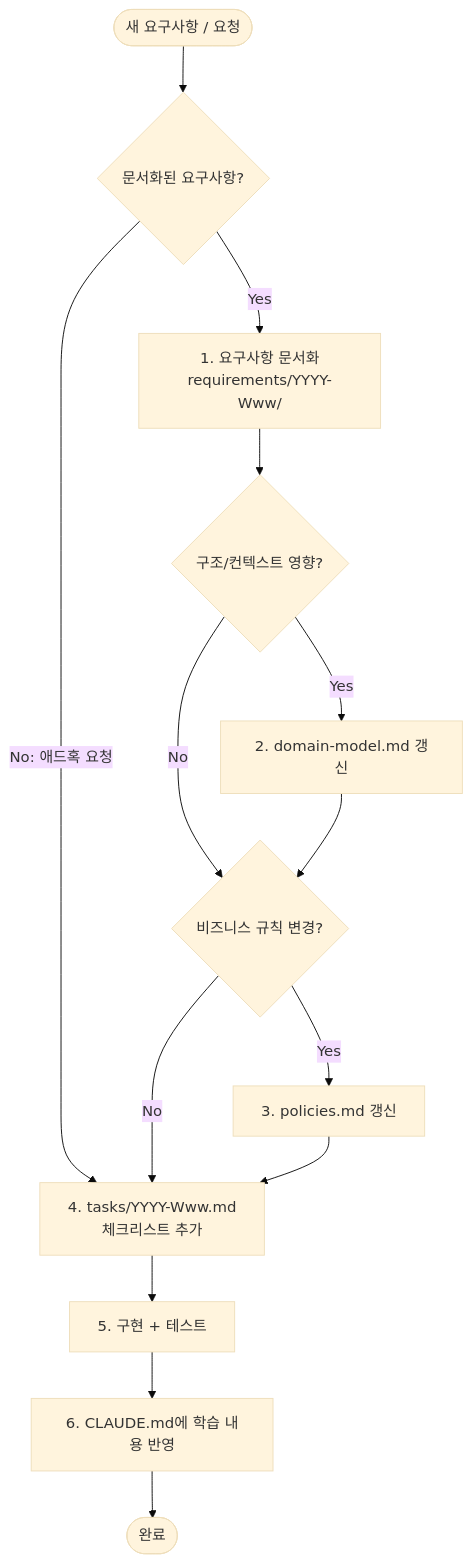
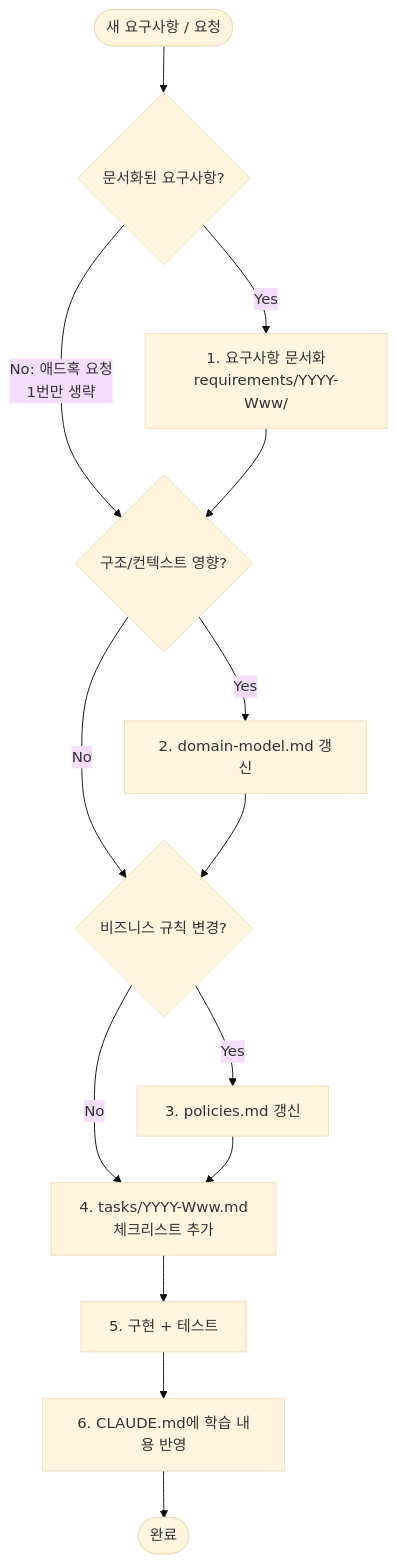
The diagram in README.md (myeonnnn/3m-devlog), drawn with Mermaid (base theme) before and after one commit.

Commit message:
docs: README 워크플로우 다이어그램에서 애드혹 분기 수정
애드혹(문서 없는) 요청이 구조/정책 체크(2·3번)까지 통째로 건너뛰도록
잘못 그려져 있었음. CLAUDE.md 예외 조항대로 1번(요구사항 문서화)만
생략하고 2·3번 조건 분기는 문서화된 요청과 동일하게 타도록 수정

````diff
--- a/README.md
+++ b/README.md
@@ -29,19 +29,19 @@
 ```mermaid
 flowchart TD
     A(["새 요구사항 / 요청"]) --> B{"문서화된 요구사항?"}
     B -->|Yes| C["1. 요구사항 문서화<br/>requirements/YYYY-Www/"]
-    B -->|No: 애드혹 요청| G
+    B -->|No: 애드혹 요청<br/>1번만 생략| D
+    C --> D{"구조/컨텍스트 영향?"}
 
-    C --> D{"구조/컨텍스트 영향?"}
     D -->|Yes| D1["2. domain-model.md 갱신"]
     D -->|No| E
     D1 --> E{"비즈니스 규칙 변경?"}
 
     E -->|Yes| E1["3. policies.md 갱신"]
     E -->|No| G
     E1 --> G["4. tasks/YYYY-Www.md<br/>체크리스트 추가"]
 
     G --> H["5. 구현 + 테스트"]
     H --> I["6. CLAUDE.md에 학습 내용 반영"]
     I --> J(["완료"])
 ```
````
